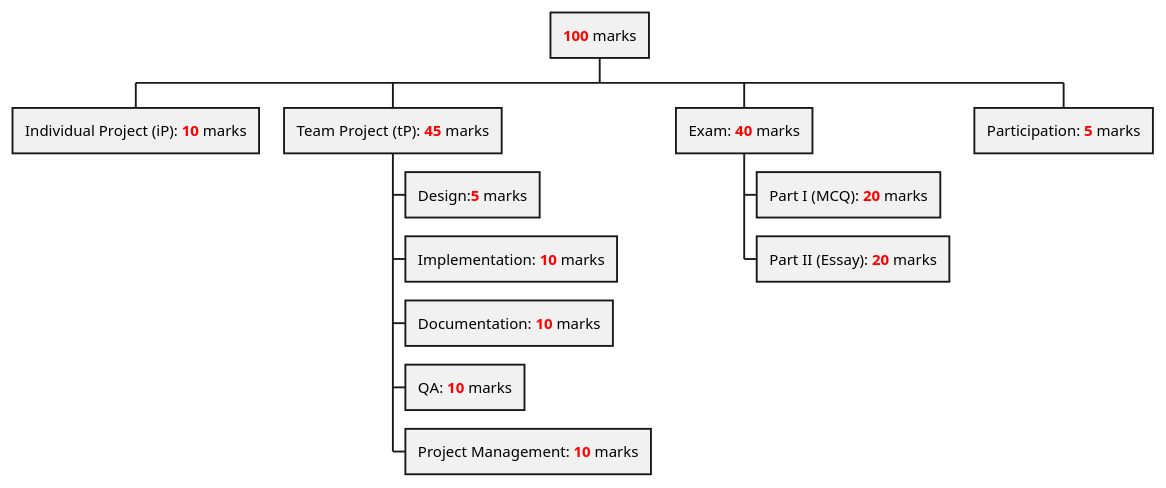
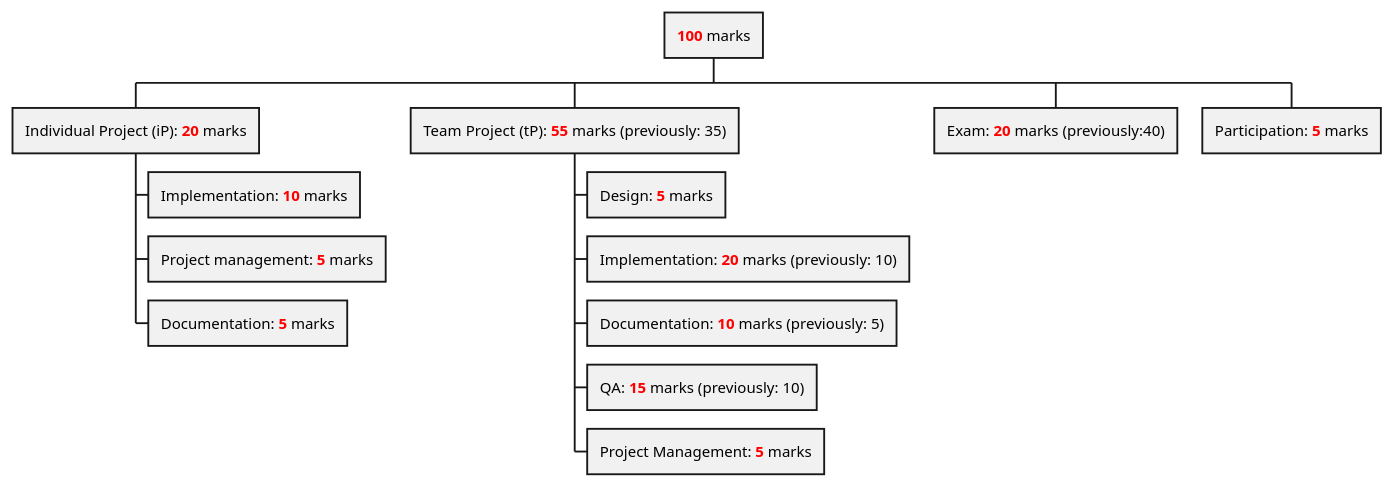
One commit to nus-cs2113-AY1920S2/website changed the diagram in admin/images/grade-breakdown.puml. Above: the diagram before and after it, drawn with PlantUML. The commit also changed 138 other files, not shown here.

```diff
--- a/admin/images/grade-breakdown.puml
+++ b/admin/images/grade-breakdown.puml
@@ -1,15 +1,18 @@
 @startwbs
 skinparam backgroundcolor transparent
 + <b><color:red>100</color></b> marks
- + Individual Project (iP): <b><color:red>10</color></b> marks
- + Team Project (tP): <b><color:red>45</color></b> marks
-  + Design:<b><color:red>5</color></b> marks
+ + Individual Project (iP): <b><color:red>20</color></b> marks
   + Implementation: <b><color:red>10</color></b> marks
-  + Documentation: <b><color:red>10</color></b> marks
-  + QA: <b><color:red>10</color></b> marks
-  + Project Management: <b><color:red>10</color></b> marks
- + Exam: <b><color:red>40</color></b> marks
-  + Part I (MCQ): <b><color:red>20</color></b> marks
-  + Part II (Essay): <b><color:red>20</color></b> marks
+  + Project management: <b><color:red>5</color></b> marks
+  + Documentation: <b><color:red>5</color></b> marks
+ + Team Project (tP): <b><color:red>55</color></b> marks (previously: 35)
+  + Design: <b><color:red>5</color></b> marks
+  + Implementation: <b><color:red>20</color></b> marks (previously: 10)
+  + Documentation: <b><color:red>10</color></b> marks (previously: 5)
+  + QA: <b><color:red>15</color></b> marks (previously: 10)
+  + Project Management: <b><color:red>5</color></b> marks
+ + Exam: <b><color:red>20</color></b> marks (previously:40)
+'  + Part I (MCQ): <b><color:red>20</color></b> marks
+'  + Part II (Essay): <b><color:red>20</color></b> marks
  + Participation: <b><color:red>5</color></b> marks
 @endwbs
```
